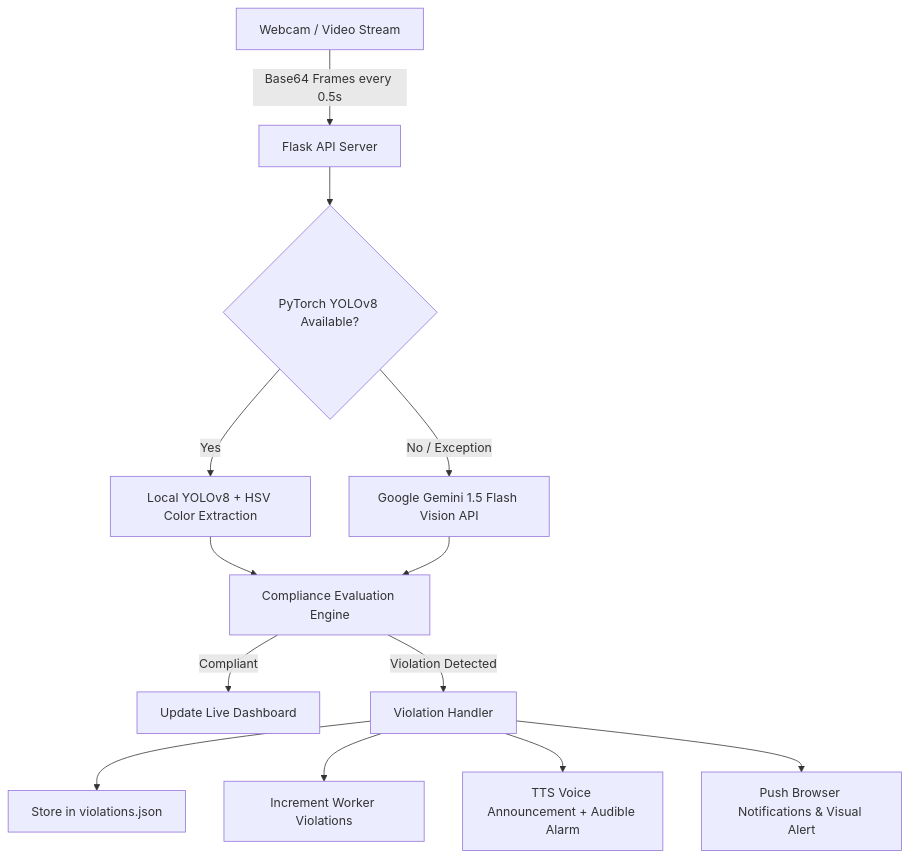
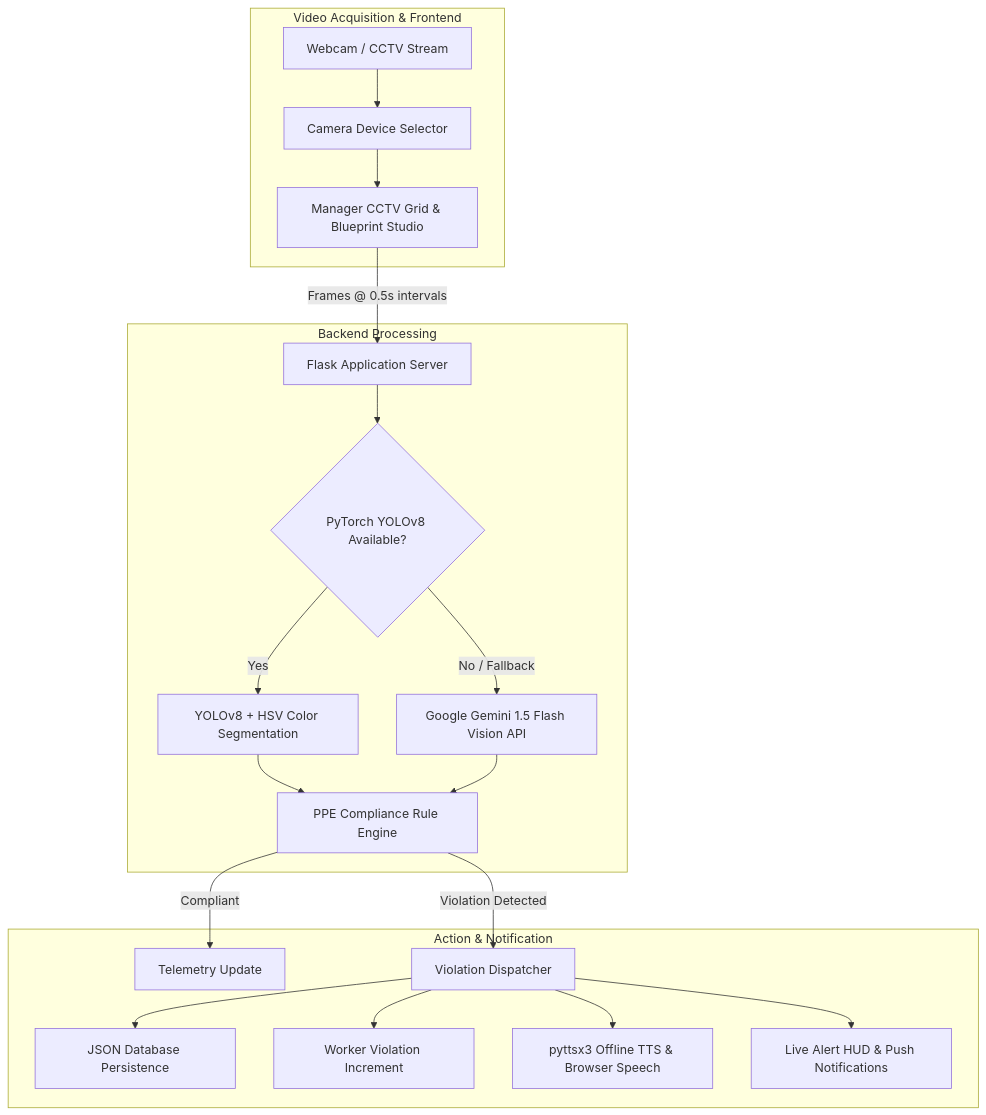
Before and after one commit to yukesh4349/safe_cam-: the diagram in README.md, drawn with Mermaid. The commit also changed other lines of this file and 13 other files, not shown here.

Commit message:
camera dashboard alignment error fix

````diff
--- a/README.md
+++ b/README.md
@@ -54,15 +61,25 @@
 ```mermaid
 flowchart TD
-    A[Webcam / Video Stream] -->|Base64 Frames every 0.5s| B[Flask API Server]
-    B --> C{PyTorch YOLOv8 Available?}
-    C -->|Yes| D[Local YOLOv8 + HSV Color Extraction]
-    C -->|No / Exception| E[Google Gemini 1.5 Flash Vision API]
-    D --> F[Compliance Evaluation Engine]
-    E --> F
-    F -->|Compliant| G[Update Live Dashboard]
-    F -->|Violation Detected| H[Violation Handler]
-    H --> I[Store in violations.json]
-    H --> J[Increment Worker Violations]
-    H --> K[TTS Voice Announcement + Audible Alarm]
-    H --> L[Push Browser Notifications & Visual Alert]
+    subgraph Video Acquisition & Frontend
+        A[Webcam / CCTV Stream] --> B[Camera Device Selector]
+        B --> C[Manager CCTV Grid & Blueprint Studio]
+    end
+
+    subgraph Backend Processing
+        C -->|Frames @ 0.5s intervals| D[Flask Application Server]
+        D --> E{PyTorch YOLOv8 Available?}
+        E -->|Yes| F[YOLOv8 + HSV Color Segmentation]
+        E -->|No / Fallback| G[Google Gemini 1.5 Flash Vision API]
+        F --> H[PPE Compliance Rule Engine]
+        G --> H
+    end
+
+    subgraph Action & Notification
+        H -->|Compliant| I[Telemetry Update]
+        H -->|Violation Detected| J[Violation Dispatcher]
+        J --> K[JSON Database Persistence]
+        J --> L[Worker Violation Increment]
+        J --> M[pyttsx3 Offline TTS & Browser Speech]
+        J --> N[Live Alert HUD & Push Notifications]
+    end
 ```
````
